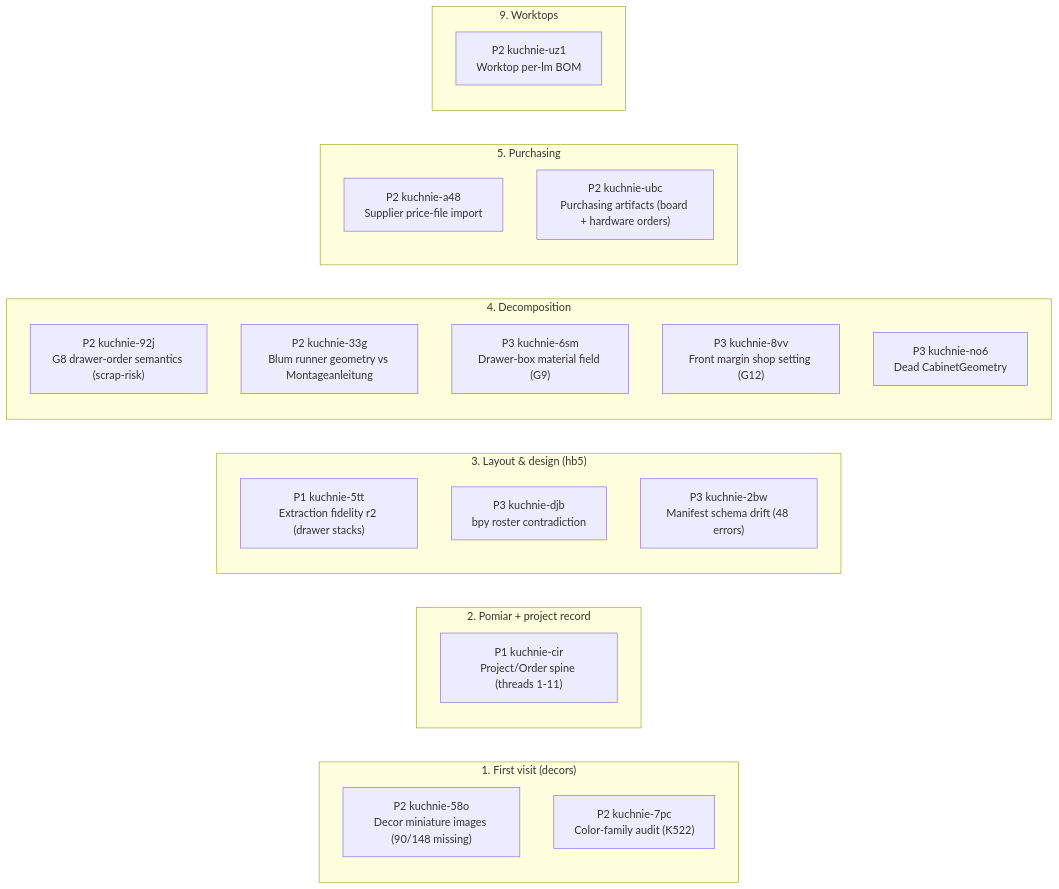
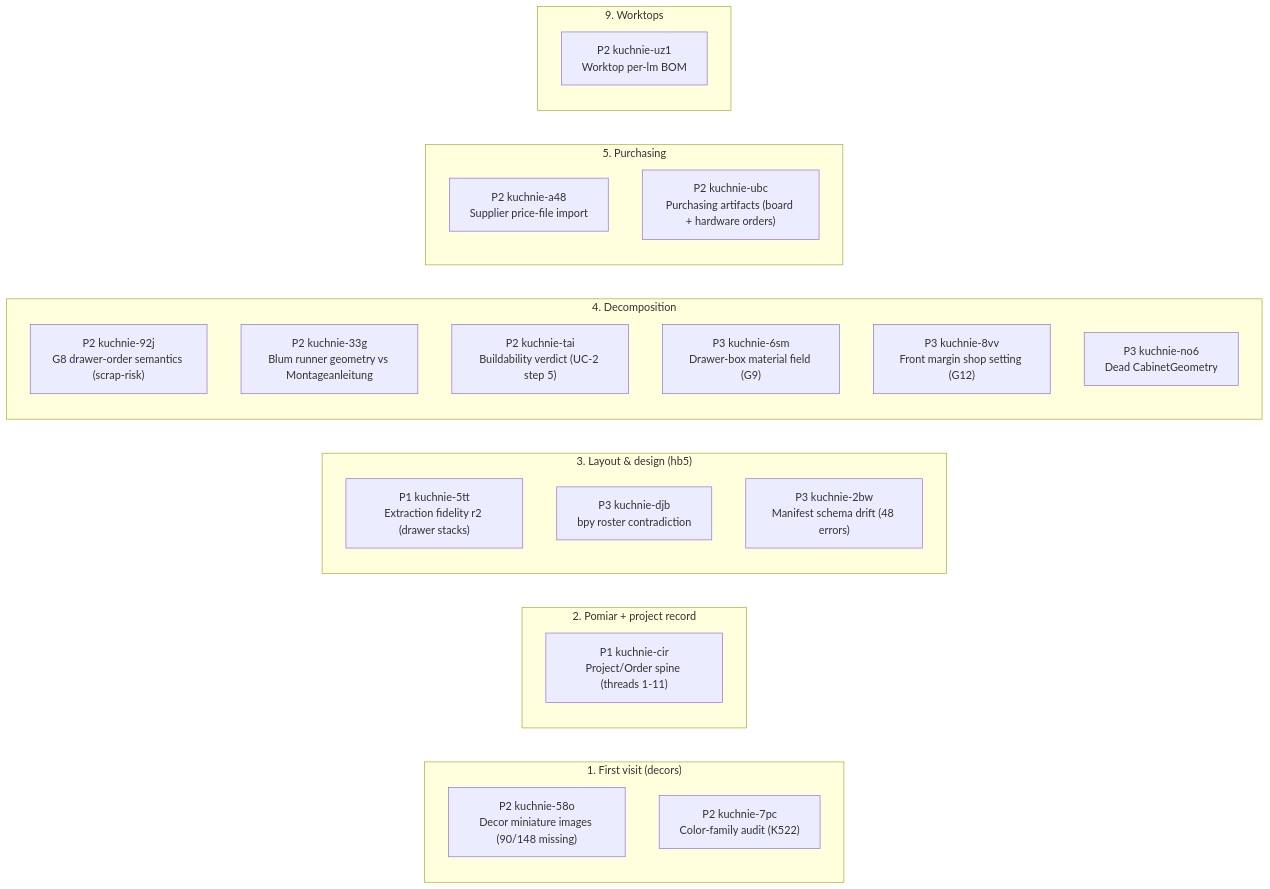
One commit to m1981/kuchnie changed the diagram in STATUS.md. Above: the diagram before and after it, drawn with Mermaid. The commit also changed other lines of this file and 4 other files, not shown here.

````diff
--- a/STATUS.md
+++ b/STATUS.md
@@ -34,29 +35,30 @@
 ```mermaid
 flowchart LR
     subgraph s1 ["1. First visit (decors)"]
         kuchnie_58o["P2 kuchnie-58o<br/>Decor miniature images (90/148 missing)"]
         kuchnie_7pc["P2 kuchnie-7pc<br/>Color-family audit (K522)"]
     end
     subgraph s2 ["2. Pomiar + project record"]
         kuchnie_cir["P1 kuchnie-cir<br/>Project/Order spine (threads 1-11)"]
     end
     subgraph s3 ["3. Layout & design (hb5)"]
         kuchnie_5tt["P1 kuchnie-5tt<br/>Extraction fidelity r2 (drawer stacks)"]
         kuchnie_djb["P3 kuchnie-djb<br/>bpy roster contradiction"]
         kuchnie_2bw["P3 kuchnie-2bw<br/>Manifest schema drift (48 errors)"]
     end
     subgraph s4 ["4. Decomposition"]
         kuchnie_92j["P2 kuchnie-92j<br/>G8 drawer-order semantics (scrap-risk)"]
         kuchnie_33g["P2 kuchnie-33g<br/>Blum runner geometry vs Montageanleitung"]
+        kuchnie_tai["P2 kuchnie-tai<br/>Buildability verdict (UC-2 step 5)"]
         kuchnie_6sm["P3 kuchnie-6sm<br/>Drawer-box material field (G9)"]
         kuchnie_8vv["P3 kuchnie-8vv<br/>Front margin shop setting (G12)"]
         kuchnie_no6["P3 kuchnie-no6<br/>Dead CabinetGeometry"]
     end
     subgraph s5 ["5. Purchasing"]
         kuchnie_a48["P2 kuchnie-a48<br/>Supplier price-file import"]
         kuchnie_ubc["P2 kuchnie-ubc<br/>Purchasing artifacts (board + hardware orders)"]
     end
     subgraph s9 ["9. Worktops"]
         kuchnie_uz1["P2 kuchnie-uz1<br/>Worktop per-lm BOM"]
     end
 ```
````
